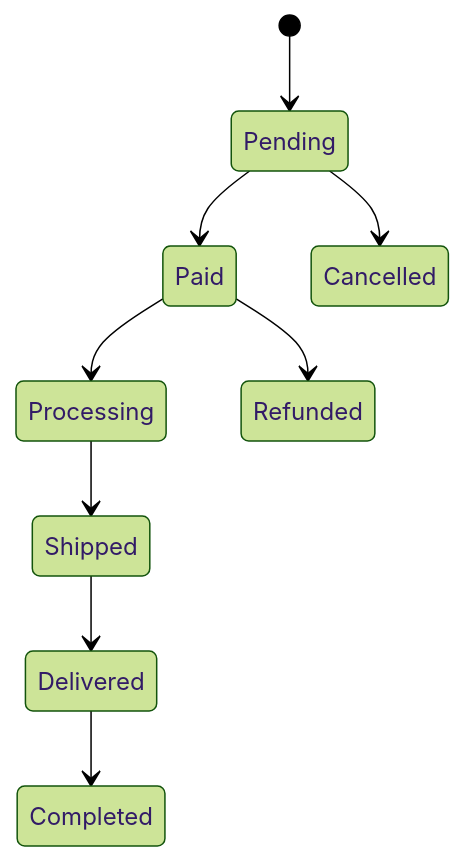
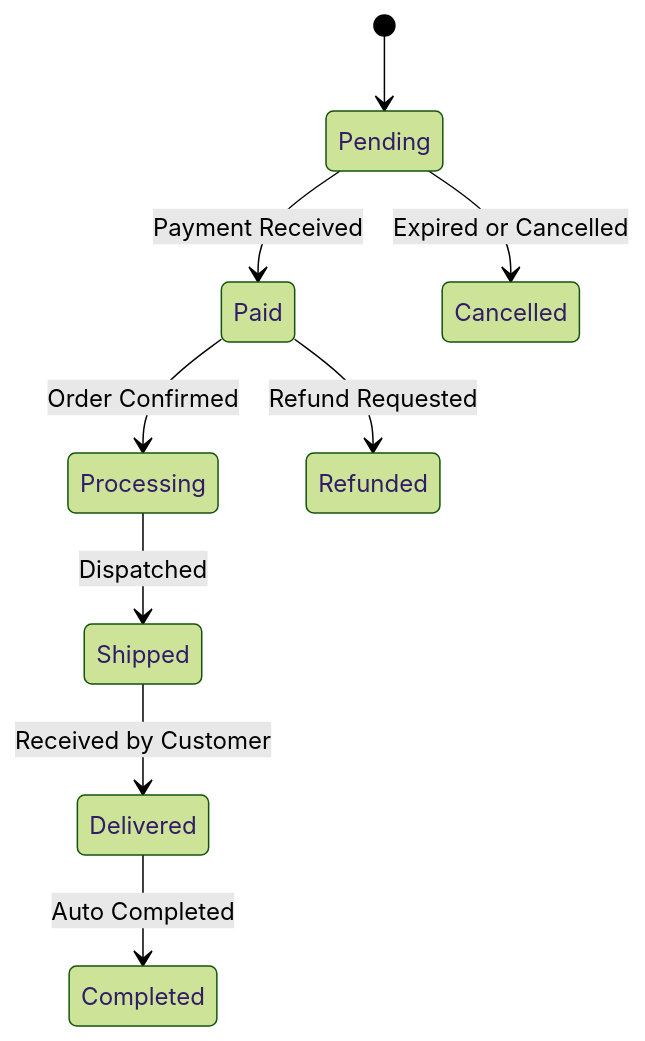
The second of 8 diagrams in docs/orders.md (chintanchhapgar/ShopSphere), drawn with Mermaid (forest theme) before and after one commit. The commit also changed other lines of this file, not shown here.

````diff
--- a/docs/orders.md
+++ b/docs/orders.md
@@ -54,19 +81,11 @@
 ```mermaid
 stateDiagram-v2
-
-[*] --> Pending
-
-Pending --> Paid
-
-Paid --> Processing
-
-Processing --> Shipped
-
-Shipped --> Delivered
-
-Delivered --> Completed
-
-Pending --> Cancelled
-
-Paid --> Refunded
+    [*] --> Pending
+    Pending --> Paid : Payment Received
+    Paid --> Processing : Order Confirmed
+    Processing --> Shipped : Dispatched
+    Shipped --> Delivered : Received by Customer
+    Delivered --> Completed : Auto Completed
+    Pending --> Cancelled : Expired or Cancelled
+    Paid --> Refunded : Refund Requested
 ```
````
